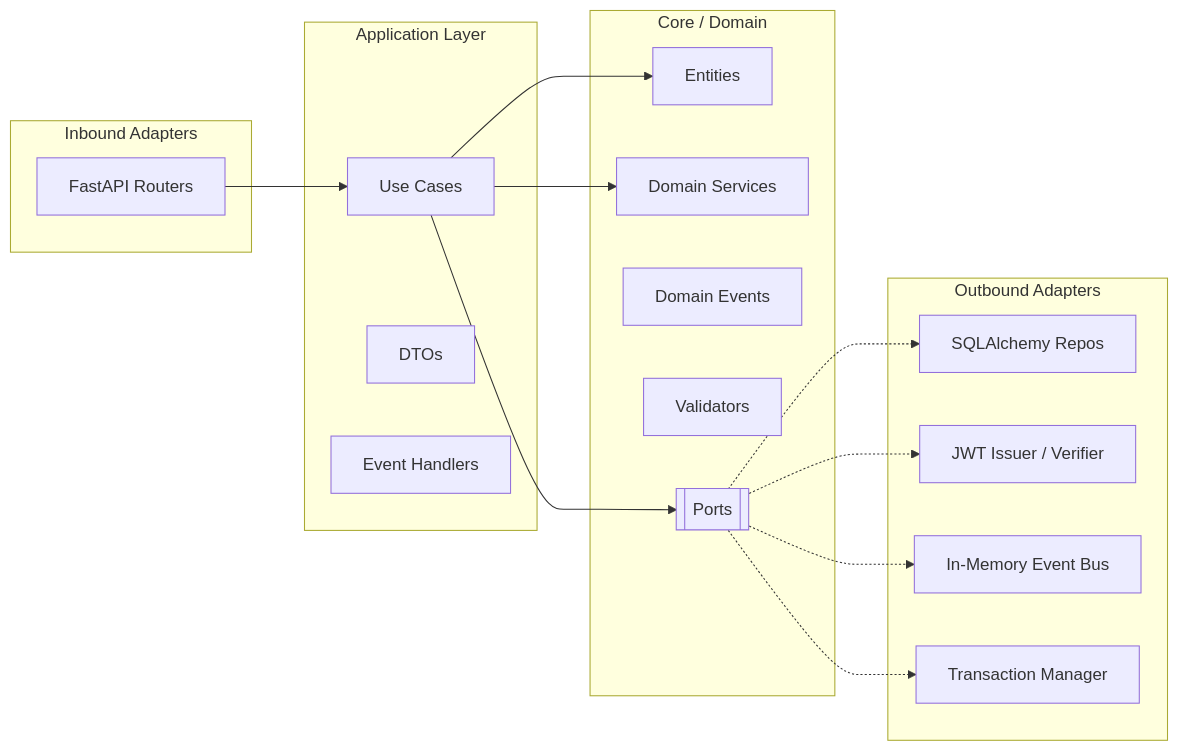
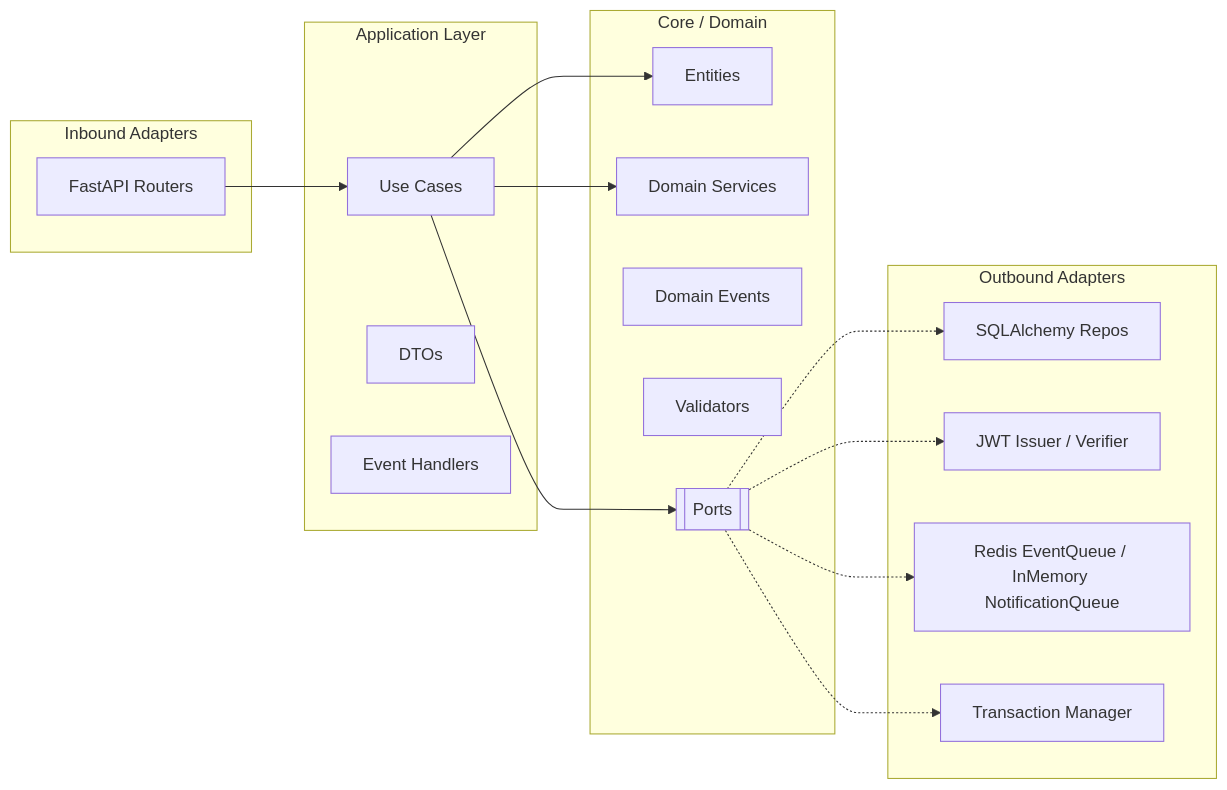
The diagram in README.md (CaseyJohnson-RS/Hexagonal-Auth-Service), drawn with Mermaid before and after one commit. The commit also changed other lines of this file, not shown here.

````diff
--- a/README.md
+++ b/README.md
@@ -38,32 +39,32 @@
 ```mermaid
 graph LR
   subgraph Inbound["Inbound Adapters"]
     HTTP["FastAPI Routers"]
   end
   subgraph App["Application Layer"]
     UC["Use Cases"]
     DTO["DTOs"]
     EVH["Event Handlers"]
   end
   subgraph Core["Core / Domain"]
     ENT["Entities"]
     DS["Domain Services"]
     DE["Domain Events"]
     VAL["Validators"]
     PORTS[["Ports"]]
   end
   subgraph Outbound["Outbound Adapters"]
     REPO["SQLAlchemy Repos"]
     JWTA["JWT Issuer / Verifier"]
-    BUS["In-Memory Event Bus"]
+    BUS["Redis EventQueue / InMemory NotificationQueue"]
     TX["Transaction Manager"]
   end
   HTTP --> UC
   UC --> ENT
   UC --> DS
   UC --> PORTS
   PORTS -.-> REPO
   PORTS -.-> JWTA
   PORTS -.-> BUS
   PORTS -.-> TX
 ```
````
